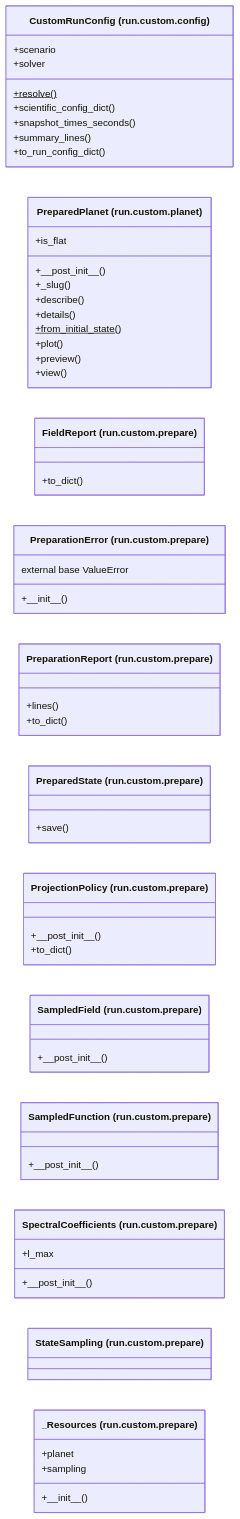
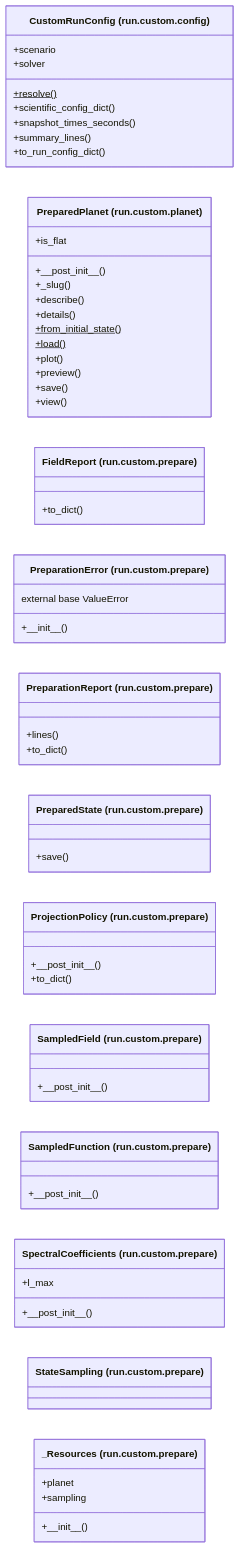
The diagram in docs/architecture/current/classes/tropoi.run.custom.mmd (AlexandreEros/Palintropos), drawn with Mermaid before and after one commit. The commit also changed 28 other files, not shown here.

```diff
--- a/docs/architecture/current/classes/tropoi.run.custom.mmd
+++ b/docs/architecture/current/classes/tropoi.run.custom.mmd
@@ -1,47 +1,49 @@
 %% Generated by tools.architecture 1.0.0. Do not edit by hand.
 %% All classes defined in package tropoi.run.custom.
 classDiagram
     direction LR
     class c_tropoi_orun_ocustom_oconfig_oCustomRunConfig["CustomRunConfig (run.custom.config)"]
     c_tropoi_orun_ocustom_oconfig_oCustomRunConfig : +resolve()$
     c_tropoi_orun_ocustom_oconfig_oCustomRunConfig : +scenario
     c_tropoi_orun_ocustom_oconfig_oCustomRunConfig : +scientific#95;config#95;dict()
     c_tropoi_orun_ocustom_oconfig_oCustomRunConfig : +snapshot#95;times#95;seconds()
     c_tropoi_orun_ocustom_oconfig_oCustomRunConfig : +solver
     c_tropoi_orun_ocustom_oconfig_oCustomRunConfig : +summary#95;lines()
     c_tropoi_orun_ocustom_oconfig_oCustomRunConfig : +to#95;run#95;config#95;dict()
     class c_tropoi_orun_ocustom_oplanet_oPreparedPlanet["PreparedPlanet (run.custom.planet)"]
     c_tropoi_orun_ocustom_oplanet_oPreparedPlanet : +#95;#95;post#95;init#95;#95;()
     c_tropoi_orun_ocustom_oplanet_oPreparedPlanet : +#95;slug()
     c_tropoi_orun_ocustom_oplanet_oPreparedPlanet : +describe()
     c_tropoi_orun_ocustom_oplanet_oPreparedPlanet : +details()
     c_tropoi_orun_ocustom_oplanet_oPreparedPlanet : +from#95;initial#95;state()$
     c_tropoi_orun_ocustom_oplanet_oPreparedPlanet : +is#95;flat
+    c_tropoi_orun_ocustom_oplanet_oPreparedPlanet : +load()$
     c_tropoi_orun_ocustom_oplanet_oPreparedPlanet : +plot()
     c_tropoi_orun_ocustom_oplanet_oPreparedPlanet : +preview()
+    c_tropoi_orun_ocustom_oplanet_oPreparedPlanet : +save()
     c_tropoi_orun_ocustom_oplanet_oPreparedPlanet : +view()
     class c_tropoi_orun_ocustom_oprepare_oFieldReport["FieldReport (run.custom.prepare)"]
     c_tropoi_orun_ocustom_oprepare_oFieldReport : +to#95;dict()
     class c_tropoi_orun_ocustom_oprepare_oPreparationError["PreparationError (run.custom.prepare)"]
     c_tropoi_orun_ocustom_oprepare_oPreparationError : +#95;#95;init#95;#95;()
     c_tropoi_orun_ocustom_oprepare_oPreparationError : external base ValueError
     class c_tropoi_orun_ocustom_oprepare_oPreparationReport["PreparationReport (run.custom.prepare)"]
     c_tropoi_orun_ocustom_oprepare_oPreparationReport : +lines()
     c_tropoi_orun_ocustom_oprepare_oPreparationReport : +to#95;dict()
     class c_tropoi_orun_ocustom_oprepare_oPreparedState["PreparedState (run.custom.prepare)"]
     c_tropoi_orun_ocustom_oprepare_oPreparedState : +save()
     class c_tropoi_orun_ocustom_oprepare_oProjectionPolicy["ProjectionPolicy (run.custom.prepare)"]
     c_tropoi_orun_ocustom_oprepare_oProjectionPolicy : +#95;#95;post#95;init#95;#95;()
     c_tropoi_orun_ocustom_oprepare_oProjectionPolicy : +to#95;dict()
     class c_tropoi_orun_ocustom_oprepare_oSampledField["SampledField (run.custom.prepare)"]
     c_tropoi_orun_ocustom_oprepare_oSampledField : +#95;#95;post#95;init#95;#95;()
     class c_tropoi_orun_ocustom_oprepare_oSampledFunction["SampledFunction (run.custom.prepare)"]
     c_tropoi_orun_ocustom_oprepare_oSampledFunction : +#95;#95;post#95;init#95;#95;()
     class c_tropoi_orun_ocustom_oprepare_oSpectralCoefficients["SpectralCoefficients (run.custom.prepare)"]
     c_tropoi_orun_ocustom_oprepare_oSpectralCoefficients : +#95;#95;post#95;init#95;#95;()
     c_tropoi_orun_ocustom_oprepare_oSpectralCoefficients : +l#95;max
     class c_tropoi_orun_ocustom_oprepare_oStateSampling["StateSampling (run.custom.prepare)"]
     class c_tropoi_orun_ocustom_oprepare_o__Resources["_Resources (run.custom.prepare)"]
     c_tropoi_orun_ocustom_oprepare_o__Resources : +#95;#95;init#95;#95;()
     c_tropoi_orun_ocustom_oprepare_o__Resources : +planet
     c_tropoi_orun_ocustom_oprepare_o__Resources : +sampling
```
